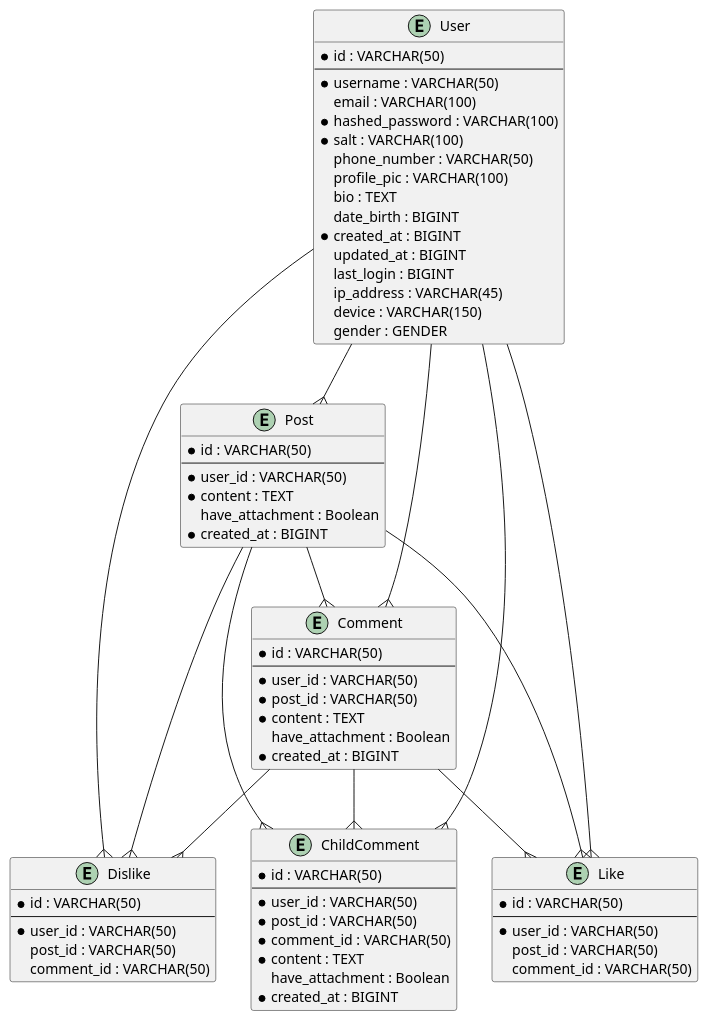
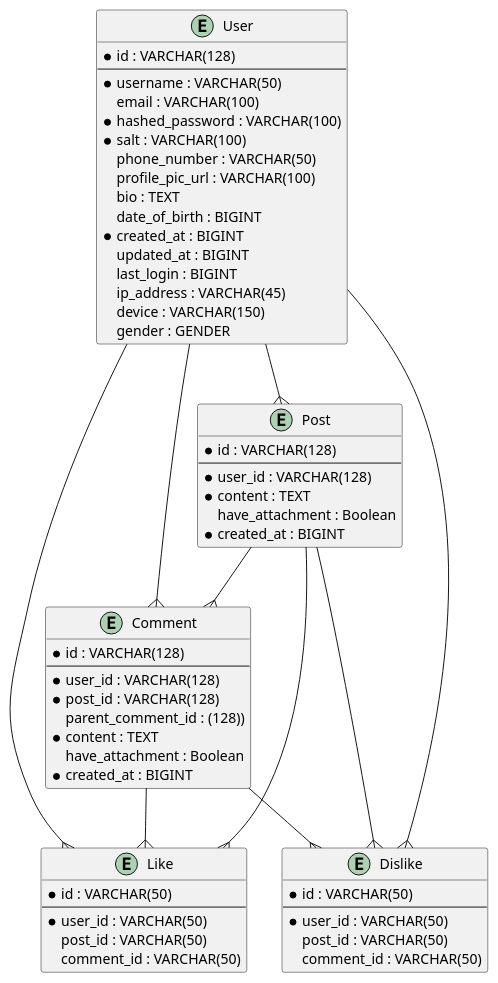
Before and after one commit to Sosialpedia/sosialpedia-ktor: the diagram in specs/sosialpedia.puml, drawn with PlantUML. The commit also changed 66 other files, not shown here.

```diff
--- a/specs/sosialpedia.puml
+++ b/specs/sosialpedia.puml
@@ -1,79 +1,66 @@
 @startuml
 entity User {
- * id : VARCHAR(50)
+ * id : VARCHAR(128)
  --
  * username : VARCHAR(50)
  email : VARCHAR(100)
  * hashed_password : VARCHAR(100)
  * salt : VARCHAR(100)
  phone_number : VARCHAR(50)
- profile_pic : VARCHAR(100)
+ profile_pic_url : VARCHAR(100)
  bio : TEXT
- date_birth : BIGINT
+ date_of_birth : BIGINT
  * created_at : BIGINT
  updated_at : BIGINT
  last_login : BIGINT
  ip_address : VARCHAR(45)
  device : VARCHAR(150)
  gender : GENDER
 }
 
 entity Post {
-* id : VARCHAR(50)
+* id : VARCHAR(128)
 --
-* user_id : VARCHAR(50)
+* user_id : VARCHAR(128)
 * content : TEXT
 have_attachment : Boolean
 * created_at : BIGINT
 }
 
 entity Comment {
-* id : VARCHAR(50)
+* id : VARCHAR(128)
 --
-* user_id : VARCHAR(50)
-* post_id : VARCHAR(50)
-* content : TEXT
-have_attachment : Boolean
-* created_at : BIGINT
-}
-
-entity ChildComment {
-* id : VARCHAR(50)
---
-* user_id : VARCHAR(50)
-* post_id : VARCHAR(50)
-* comment_id : VARCHAR(50)
+* user_id : VARCHAR(128)
+* post_id : VARCHAR(128)
+parent_comment_id : (128))
 * content : TEXT
 have_attachment : Boolean
 * created_at : BIGINT
 }
 
 entity Like {
 * id : VARCHAR(50)
 --
 * user_id : VARCHAR(50)
 post_id : VARCHAR(50)
 comment_id : VARCHAR(50)
 }
 
 entity Dislike {
 * id : VARCHAR(50)
 --
 * user_id : VARCHAR(50)
 post_id : VARCHAR(50)
 comment_id : VARCHAR(50)
 }
 
 User --{ Post
 User --{ Comment
-User --{ ChildComment
 User --{ Like
 User --{ Dislike
 Post --{ Comment
-Post --{ ChildComment
 Post --{ Like
 Post --{ Dislike
-Comment --{ ChildComment
 Comment --{ Like
 Comment --{ Dislike
 @enduml
```
